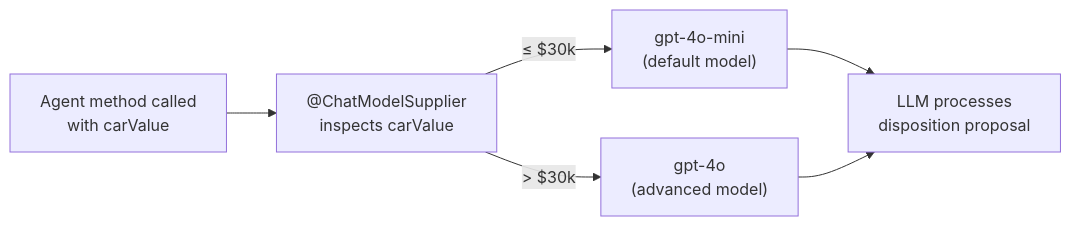
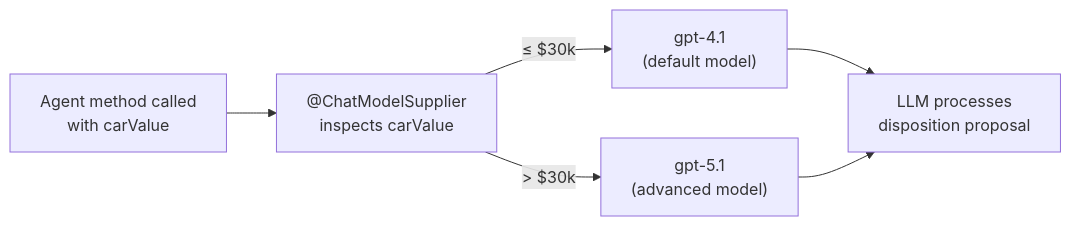
Before and after one commit to quarkusio/quarkus-workshop-langchain4j: the first of 2 diagrams in docs/content/section-2/step-07.md, drawn with Mermaid. The commit also changed other lines of this file and 73 other files, not shown here.

````diff
--- a/docs/content/section-2/step-07.md
+++ b/docs/content/section-2/step-07.md
@@ -47,8 +43,8 @@
 ```mermaid
 graph LR
     Call["Agent method called<br/>with carValue"] --> Supplier["@ChatModelSupplier<br/>inspects carValue"]
-    Supplier -->|"≤ $30k"| Base["gpt-4o-mini<br/>(default model)"]
-    Supplier -->|"> $30k"| Advanced["gpt-4o<br/>(advanced model)"]
+    Supplier -->|"≤ $30k"| Base["gpt-4.1<br/>(default model)"]
+    Supplier -->|"> $30k"| Advanced["gpt-5.1<br/>(advanced model)"]
     Base --> LLM["LLM processes<br/>disposition proposal"]
     Advanced --> LLM
 ```
````
